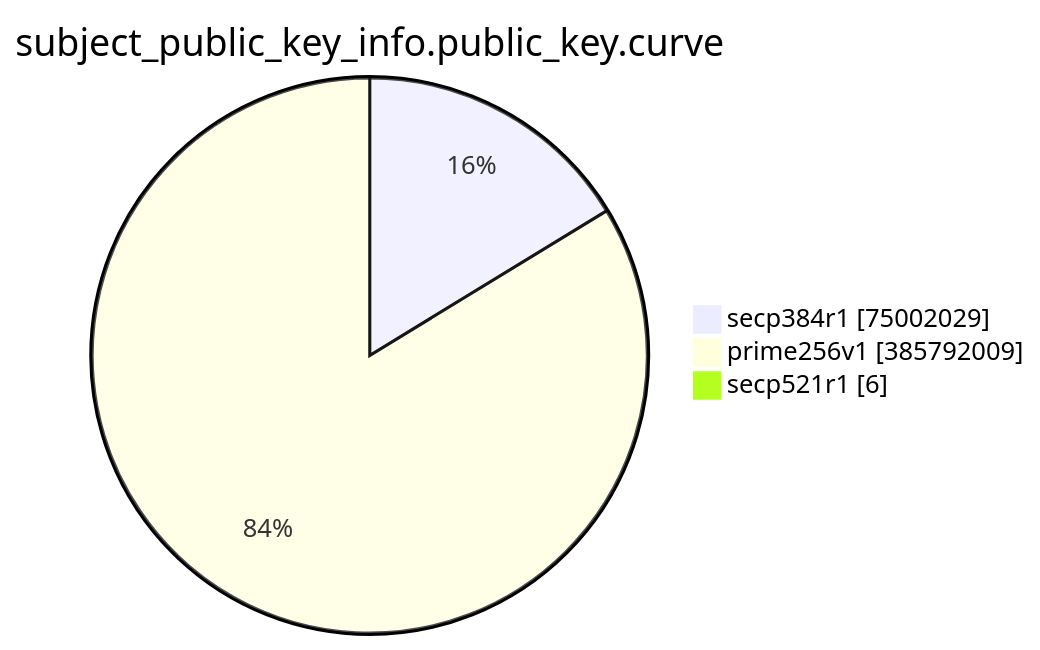
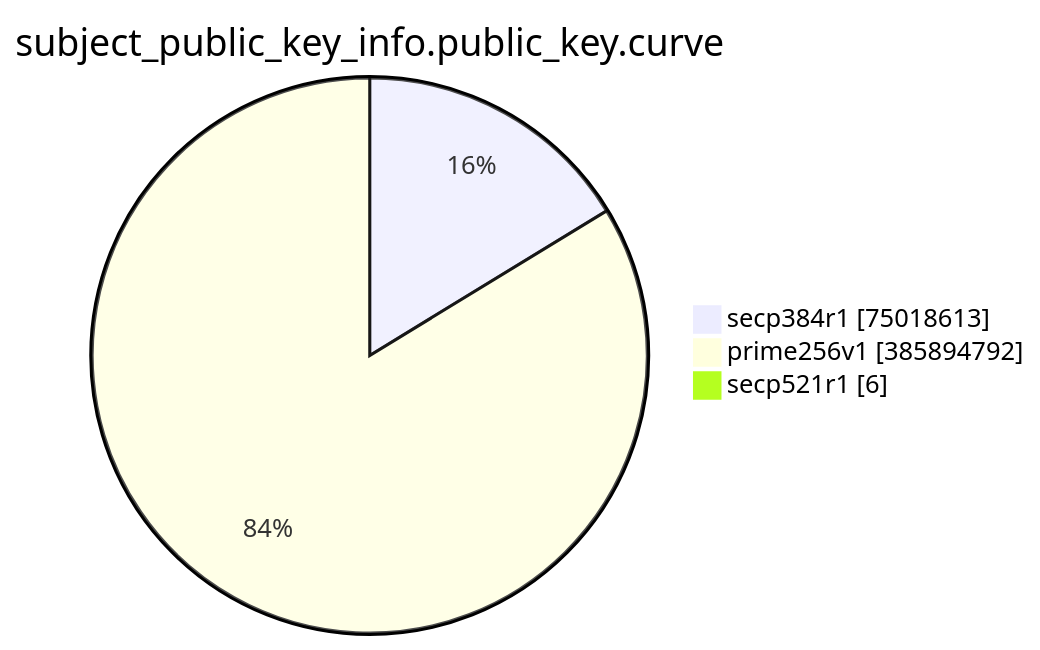
The eighth of 15 diagrams in TOTAL/README.md (christiankrug/ctmonitor_visualization), drawn with Mermaid before and after one commit. The commit also changed other lines of this file, not shown here.

````diff
--- a/TOTAL/README.md
+++ b/TOTAL/README.md
@@ -3094,7 +3094,7 @@
 ```mermaid
 pie showData
 title subject_public_key_info.public_key.curve
-"secp384r1" :75002029
-"prime256v1" :385792009
+"secp384r1" :75018613
+"prime256v1" :385894792
 "secp521r1" :6
 ```
````
